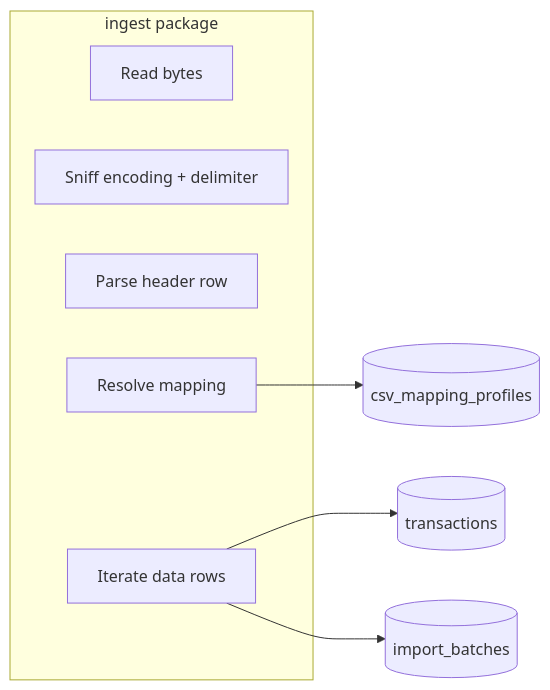
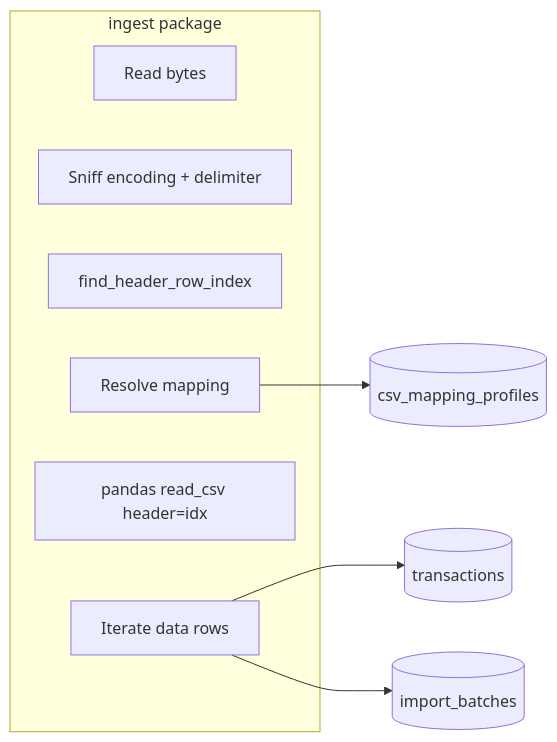
One commit to LucaZoss/LUCID-AGENT-DEMO changed the diagram in docs/IMPORT_AND_LEDGER_CATEGORIZATION.md. Above: the diagram before and after it, drawn with Mermaid. The commit also changed other lines of this file and 12 other files, not shown here.

````diff
--- a/docs/IMPORT_AND_LEDGER_CATEGORIZATION.md
+++ b/docs/IMPORT_AND_LEDGER_CATEGORIZATION.md
@@ -68,13 +68,14 @@
 ```mermaid
 flowchart LR
   subgraph ingest [ingest package]
     A[Read bytes]
     B[Sniff encoding + delimiter]
-    C[Parse header row]
+    C[find_header_row_index]
     D[Resolve mapping]
-    E[Iterate data rows]
+    E[pandas read_csv header=idx]
+    F[Iterate data rows]
   end
   D --> P[(csv_mapping_profiles)]
-  E --> T[(transactions)]
-  E --> Bt[(import_batches)]
+  F --> T[(transactions)]
+  F --> Bt[(import_batches)]
 ```
````
